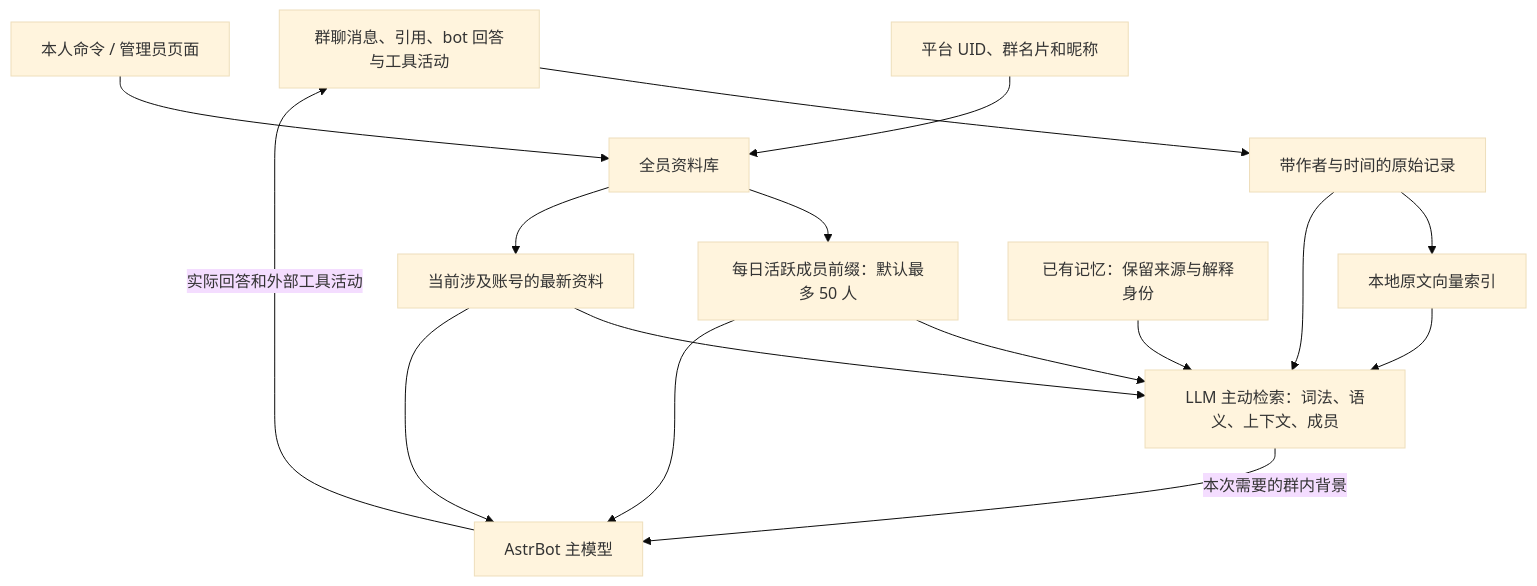
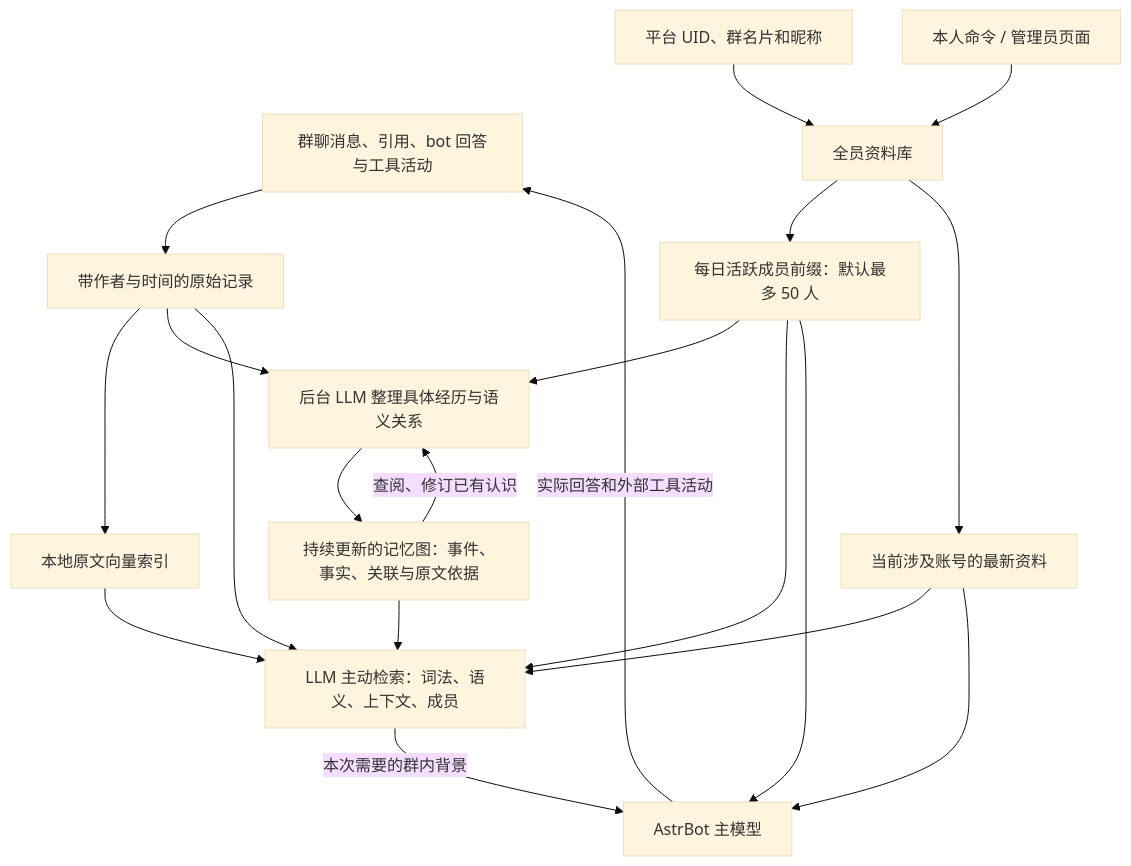
The diagram in docs/memory-redesign.md (byydzh/astrbot_plugin_mr_memory), drawn with Mermaid (base theme) before and after one commit. The commit also changed other lines of this file and 11 other files, not shown here.

Commit message:
fix: keep basic memory graph construction independent of advanced reflection

````diff
--- a/docs/memory-redesign.md
+++ b/docs/memory-redesign.md
@@ -7,18 +7,22 @@
 ```mermaid
 flowchart TD
     G[群聊消息、引用、bot 回答与工具活动] --> O[带作者与时间的原始记录]
     P[平台 UID、群名片和昵称] --> D[全员资料库]
     U[本人命令 / 管理员页面] --> D
     D --> F[每日活跃成员前缀：默认最多 50 人]
     D --> C[当前涉及账号的最新资料]
     O --> V[本地原文向量索引]
+    O --> L[后台 LLM 整理具体经历与语义关系]
+    F --> L
+    L --> M[持续更新的记忆图：事件、事实、关联与原文依据]
+    M -->|查阅、修订已有认识| L
     O --> R[LLM 主动检索：词法、语义、上下文、成员]
     V --> R
-    M[已有记忆：保留来源与解释身份] --> R
+    M --> R
     F --> R
     C --> R
     F --> A[AstrBot 主模型]
     C --> A
     R -->|本次需要的群内背景| A
     A -->|实际回答和外部工具活动| G
 ```
````
